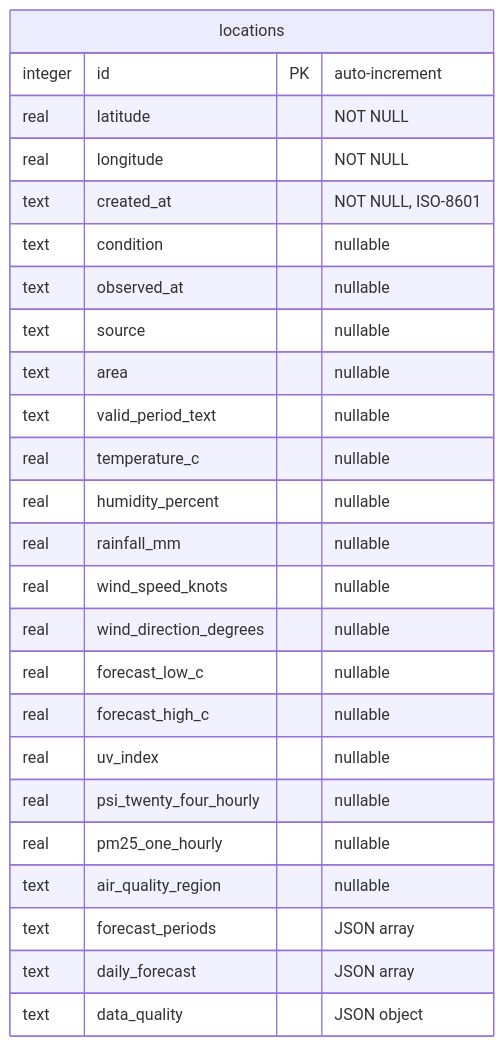
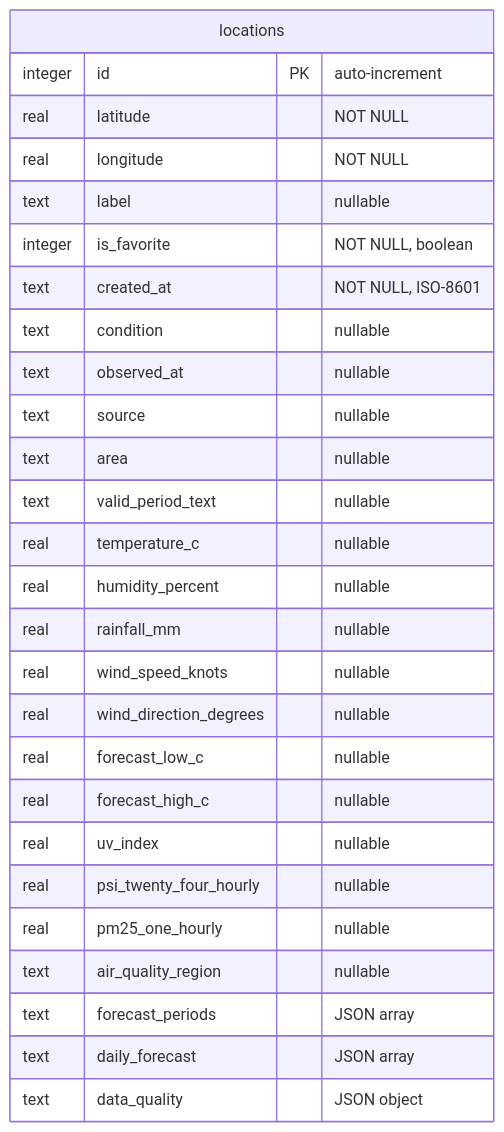
Before and after one commit to optiflow/sg-weather-ops-dashboard: the first of 2 diagrams in docs/src/content/docs/reference/database-schema.md, drawn with Mermaid. The commit also changed other lines of this file and 29 other files, not shown here.

````diff
--- a/docs/src/content/docs/reference/database-schema.md
+++ b/docs/src/content/docs/reference/database-schema.md
@@ -10,28 +10,30 @@
 ```mermaid
 erDiagram
   locations {
     integer id PK "auto-increment"
     real latitude "NOT NULL"
     real longitude "NOT NULL"
+    text label "nullable"
+    integer is_favorite "NOT NULL, boolean"
     text created_at "NOT NULL, ISO-8601"
     text condition "nullable"
     text observed_at "nullable"
     text source "nullable"
     text area "nullable"
     text valid_period_text "nullable"
     real temperature_c "nullable"
     real humidity_percent "nullable"
     real rainfall_mm "nullable"
     real wind_speed_knots "nullable"
     real wind_direction_degrees "nullable"
     real forecast_low_c "nullable"
     real forecast_high_c "nullable"
     real uv_index "nullable"
     real psi_twenty_four_hourly "nullable"
     real pm25_one_hourly "nullable"
     text air_quality_region "nullable"
     text forecast_periods "JSON array"
     text daily_forecast "JSON array"
     text data_quality "JSON object"
   }
 ```
````
